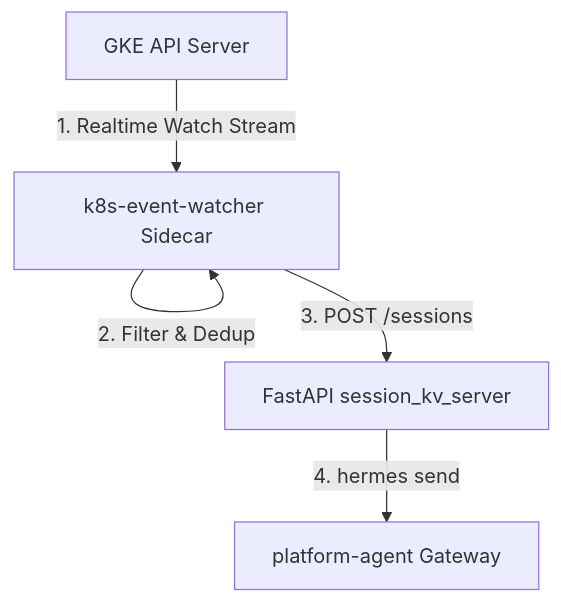
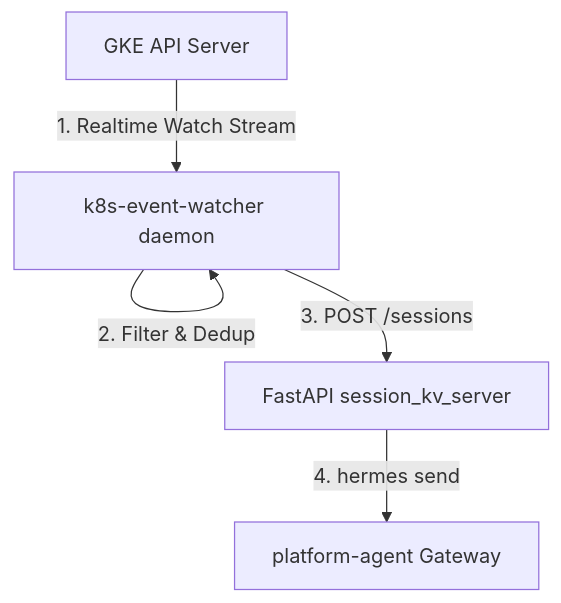
One commit to gke-labs/kube-agents changed the diagram in k8s-operator/cmd/k8s-event-watcher/README.md. Above: the diagram before and after it, drawn with Mermaid. The commit also changed other lines of this file, not shown here.

Commit message:
docs: clarify background daemon process architecture instead of sidecar container

````diff
--- a/k8s-operator/cmd/k8s-event-watcher/README.md
+++ b/k8s-operator/cmd/k8s-event-watcher/README.md
@@ -11,7 +11,7 @@
 ```mermaid
 graph TD
-    API[GKE API Server] -->|1. Realtime Watch Stream| Watcher[k8s-event-watcher Sidecar]
+    API[GKE API Server] -->|1. Realtime Watch Stream| Watcher[k8s-event-watcher daemon]
     Watcher -->|2. Filter & Dedup| Watcher
     Watcher -->|3. POST /sessions| Proxy[FastAPI session_kv_server]
     Proxy -->|4. hermes send| Agent[platform-agent Gateway]
 ```
````
